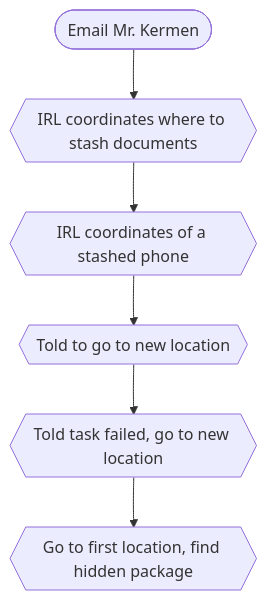
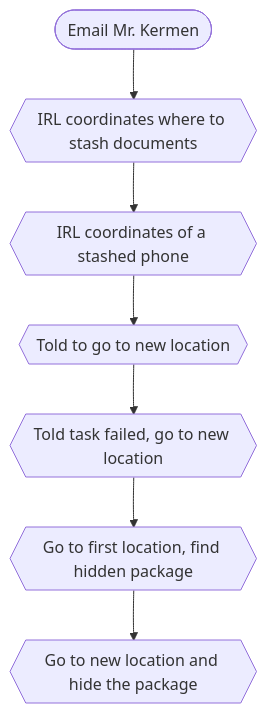
Before and after one commit to 3ncy/ARRS-s5: the diagram in irl2-tracker.md, drawn with Mermaid. The commit also changed other lines of this file, not shown here.

````diff
--- a/irl2-tracker.md
+++ b/irl2-tracker.md
@@ -4,8 +4,9 @@
 ```mermaid
 graph TD;
     email(["Email Mr. Kermen"]) --> irl2{{IRL coordinates where to stash documents}};
     irl2 --> irl3{{IRL coordinates of a stashed phone}};
     irl3 --> irl4{{Told to go to new location}};
     irl4 --> irl5{{Told task failed, go to new location}};
-    irl5 --> irl6{{Go to first location, find hidden package}}
+    irl5 --> irl6{{Go to first location, find hidden package}};
+    irl6 --> irl7{{Go to new location and hide the package}}
 ```
````
